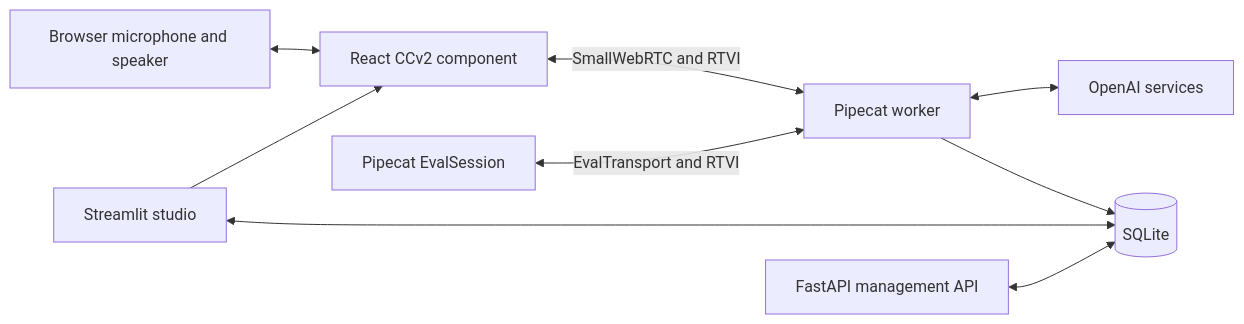
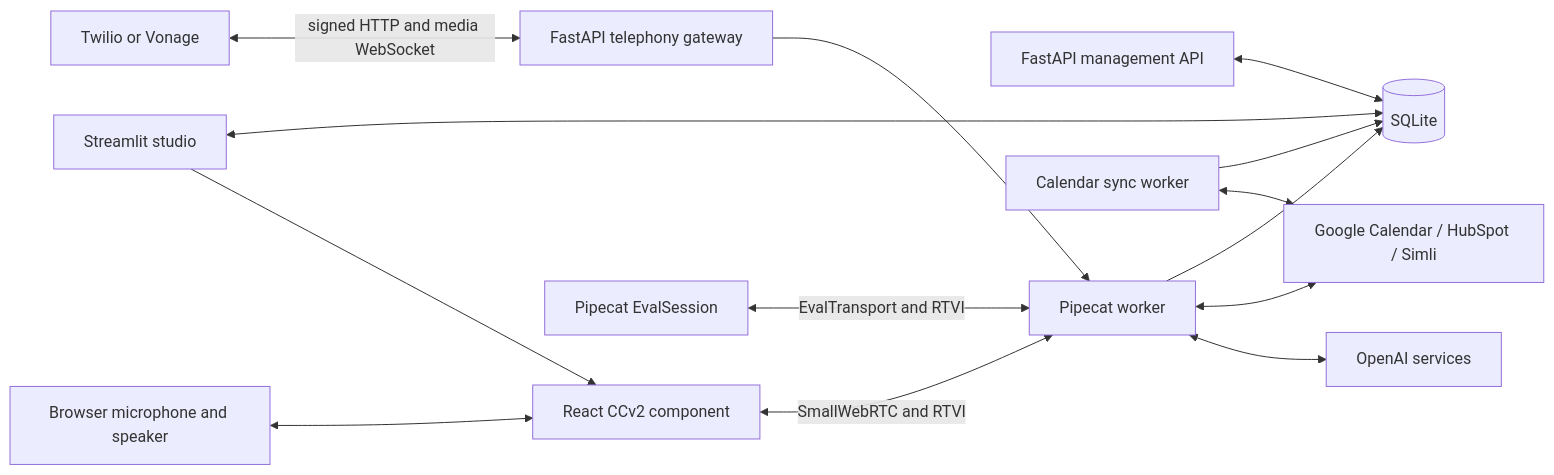
One commit to pypi-ahmad/pipecat-voice-studio changed the diagram in docs/TECHNICAL.md. Above: the diagram before and after it, drawn with Mermaid. The commit also changed other lines of this file and 54 other files, not shown here.

````diff
--- a/docs/TECHNICAL.md
+++ b/docs/TECHNICAL.md
@@ -15,20 +15,29 @@
 ```mermaid
 flowchart LR
     Browser[Browser microphone and speaker]
     UI[Streamlit studio]
     Component[React CCv2 component]
     API[FastAPI management API]
+    Gateway[FastAPI telephony gateway]
+    Phone[Twilio or Vonage]
     Worker[Pipecat worker]
     Models[OpenAI services]
+    Providers[Google Calendar / HubSpot / Simli]
+    Calendar[Calendar sync worker]
     DB[(SQLite)]
     Eval[Pipecat EvalSession]
 
     Browser <--> Component
     UI --> Component
     Component <-->|SmallWebRTC and RTVI| Worker
+    Phone <-->|signed HTTP and media WebSocket| Gateway
+    Gateway --> Worker
     Worker <--> Models
+    Worker <--> Providers
+    Calendar <--> Providers
+    Calendar --> DB
     Worker --> DB
     UI <--> DB
     API <--> DB
     Eval <-->|EvalTransport and RTVI| Worker
 ```
````
